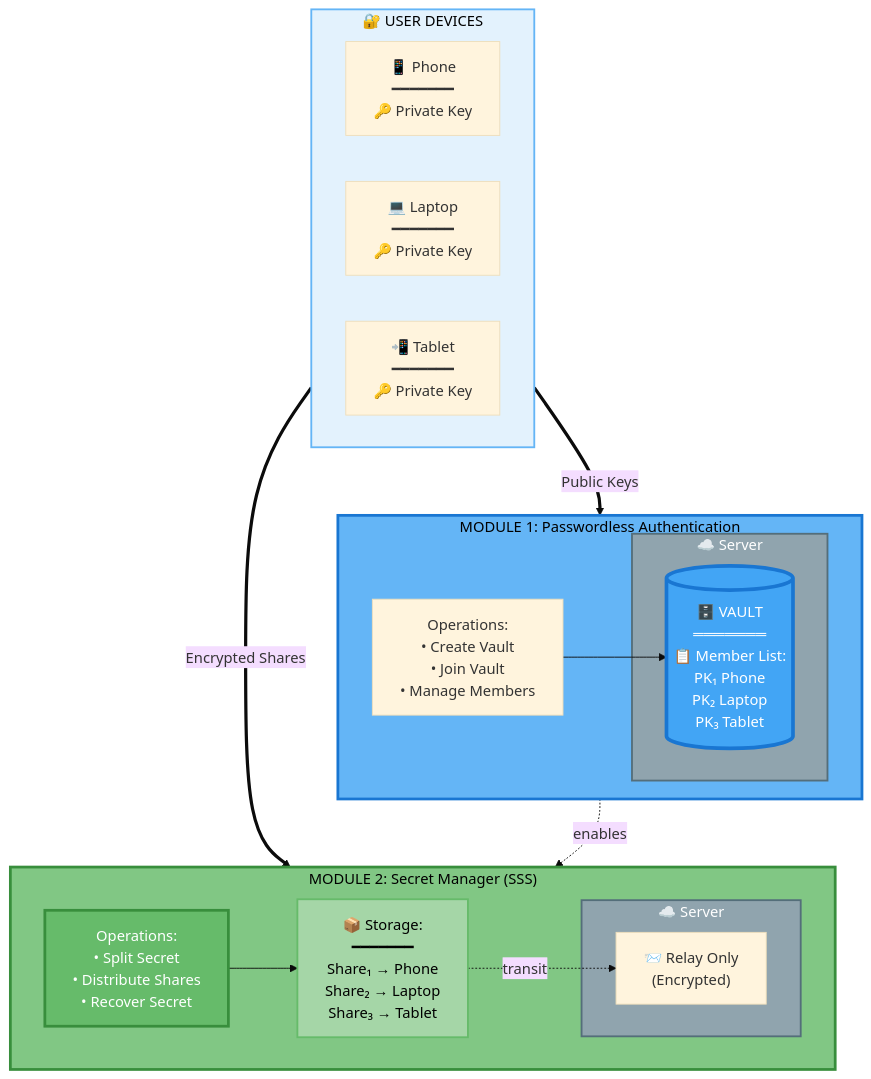
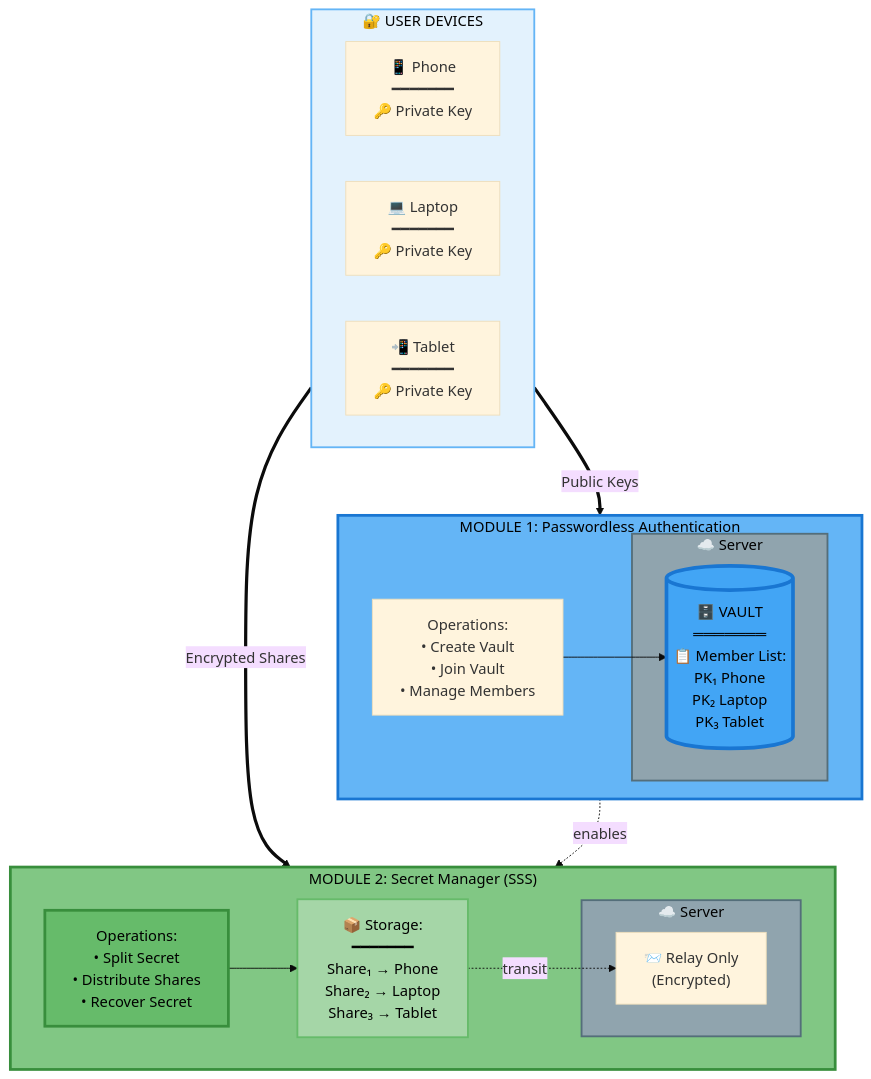
One commit to meta-secret/meta-secret-core changed the second of 12 diagrams in docs/meta-secret-technical-presentation.md. Above: the diagram before and after it, drawn with Mermaid (base theme). The commit also changed other lines of this file, not shown here.

````diff
--- a/docs/meta-secret-technical-presentation.md
+++ b/docs/meta-secret-technical-presentation.md
@@ -181,50 +181,50 @@
 ```mermaid
 flowchart TB
     subgraph LAYER1["🔐 USER DEVICES"]
         direction LR
         D1["📱 Phone<br/>━━━━━━━<br/>🔑 Private Key"]
         D2["💻 Laptop<br/>━━━━━━━<br/>🔑 Private Key"]
         D3["📲 Tablet<br/>━━━━━━━<br/>🔑 Private Key"]
     end
     
     subgraph LAYER2["MODULE 1: Passwordless Authentication"]
         direction LR
         
         ACTIONS1["Operations:<br/>• Create Vault<br/>• Join Vault<br/>• Manage Members"]
         
         subgraph SRV1["☁️ Server"]
             VAULT[("🗄️ VAULT<br/>═══════<br/>📋 Member List:<br/>PK₁ Phone<br/>PK₂ Laptop<br/>PK₃ Tablet")]
         end
         
         ACTIONS1 --> VAULT
     end
     
     subgraph LAYER3["MODULE 2: Secret Manager (SSS)"]
         direction LR
         
         SPLIT["Operations:<br/>• Split Secret<br/>• Distribute Shares<br/>• Recover Secret"]
         
         SHARES["📦 Storage:<br/>━━━━━━━<br/>Share₁ → Phone<br/>Share₂ → Laptop<br/>Share₃ → Tablet"]
         
         subgraph SRV2["☁️ Server"]
             RELAY["📨 Relay Only<br/>(Encrypted)"]
         end
         
         SPLIT --> SHARES
         SHARES -.->|transit| RELAY
     end
     
     LAYER1 ==>|Public Keys| LAYER2
     LAYER1 ==>|Encrypted Shares| LAYER3
     
     LAYER2 -.->|enables| LAYER3
     
-    style VAULT fill:#42a5f5,color:#fff,stroke:#1976d2,stroke-width:4px
-    style SPLIT fill:#66bb6a,color:#fff,stroke:#388e3c,stroke-width:3px
+    style VAULT fill:#42a5f5,color:#000,stroke:#1976d2,stroke-width:4px
+    style SPLIT fill:#66bb6a,color:#000,stroke:#388e3c,stroke-width:3px
     style LAYER1 fill:#e3f2fd,stroke:#64b5f6,stroke-width:2px,color:#000
     style LAYER2 fill:#64b5f6,color:#000,stroke:#1976d2,stroke-width:3px
     style LAYER3 fill:#81c784,color:#000,stroke:#388e3c,stroke-width:3px
-    style SRV1 fill:#90a4ae,color:#fff,stroke:#546e7a,stroke-width:2px
-    style SRV2 fill:#90a4ae,color:#fff,stroke:#546e7a,stroke-width:2px
+    style SRV1 fill:#90a4ae,color:#000,stroke:#546e7a,stroke-width:2px
+    style SRV2 fill:#90a4ae,color:#000,stroke:#546e7a,stroke-width:2px
     style SHARES fill:#a5d6a7,color:#000,stroke:#66bb6a,stroke-width:2px
 ```
````
